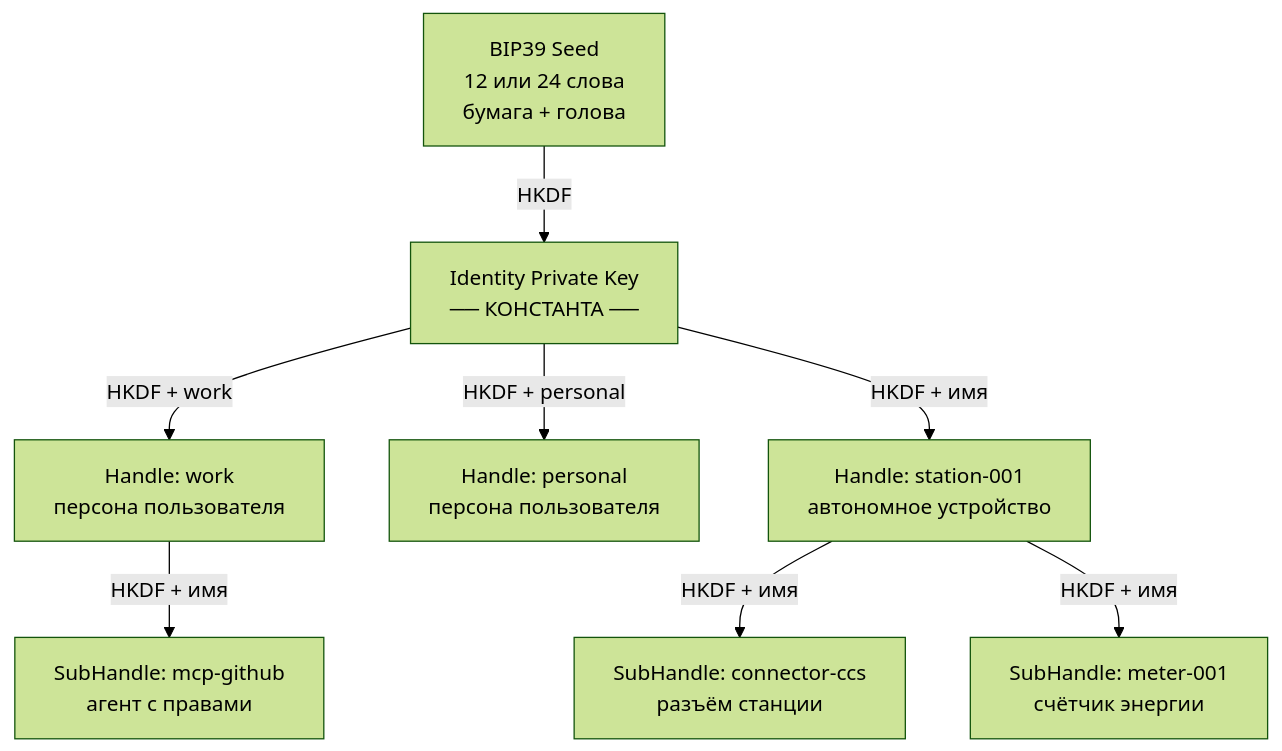
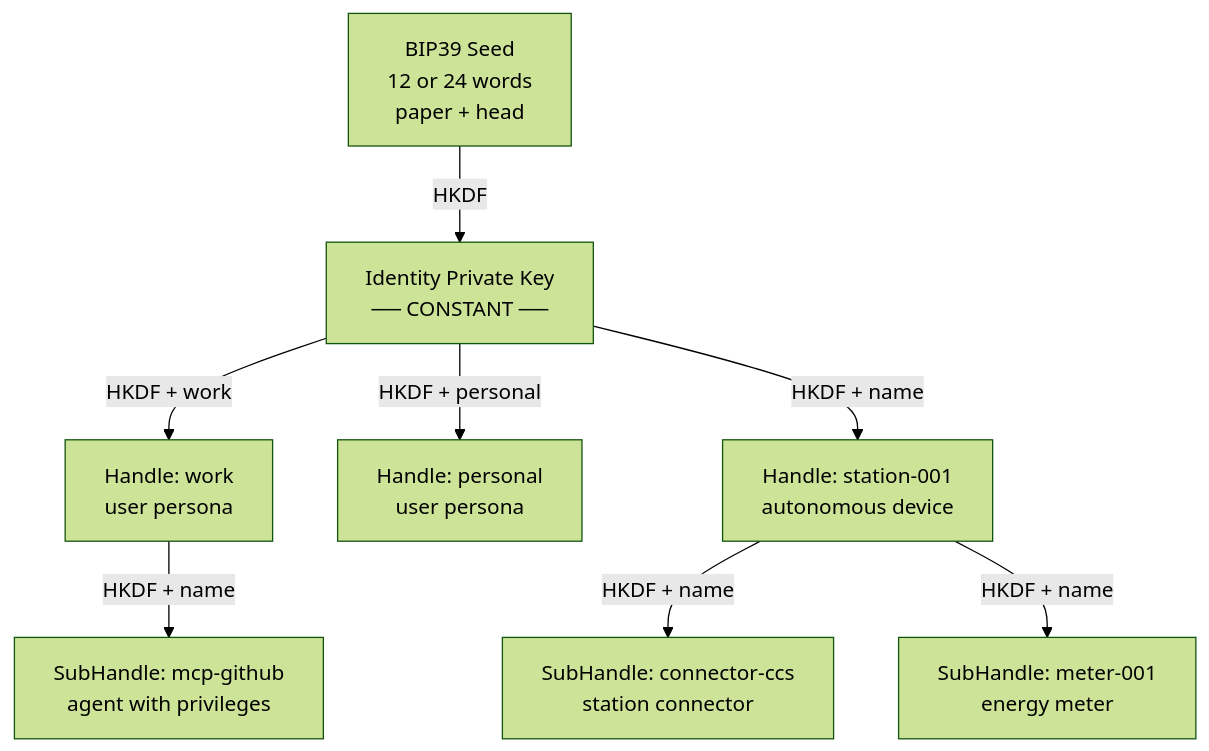
The first of 2 diagrams in src/content/blog/en/me2em-seed-derived-identity.md (me2em-org/me2em-website), drawn with Mermaid (forest theme) before and after one commit. The commit also changed other lines of this file and 3 other files, not shown here.

````diff
--- a/src/content/blog/en/me2em-seed-derived-identity.md
+++ b/src/content/blog/en/me2em-seed-derived-identity.md
@@ -63,10 +63,10 @@
 ```mermaid
 flowchart TD
-    S["BIP39 Seed<br/>12 или 24 слова<br/>бумага + голова"] -->|"HKDF"| I["Identity Private Key<br/>── КОНСТАНТА ──"]
-    I -->|"HKDF + work"| H1["Handle: work<br/>персона пользователя"]
-    I -->|"HKDF + personal"| H2["Handle: personal<br/>персона пользователя"]
-    I -->|"HKDF + имя"| H3["Handle: station-001<br/>автономное устройство"]
-    H1 -->|"HKDF + имя"| SH1["SubHandle: mcp-github<br/>агент с правами"]
-    H3 -->|"HKDF + имя"| SH2["SubHandle: connector-ccs<br/>разъём станции"]
-    H3 -->|"HKDF + имя"| SH3["SubHandle: meter-001<br/>счётчик энергии"]
+    S["BIP39 Seed<br/>12 or 24 words<br/>paper + head"] -->|"HKDF"| I["Identity Private Key<br/>── CONSTANT ──"]
+    I -->|"HKDF + work"| H1["Handle: work<br/>user persona"]
+    I -->|"HKDF + personal"| H2["Handle: personal<br/>user persona"]
+    I -->|"HKDF + name"| H3["Handle: station-001<br/>autonomous device"]
+    H1 -->|"HKDF + name"| SH1["SubHandle: mcp-github<br/>agent with privileges"]
+    H3 -->|"HKDF + name"| SH2["SubHandle: connector-ccs<br/>station connector"]
+    H3 -->|"HKDF + name"| SH3["SubHandle: meter-001<br/>energy meter"]
 ```
````
